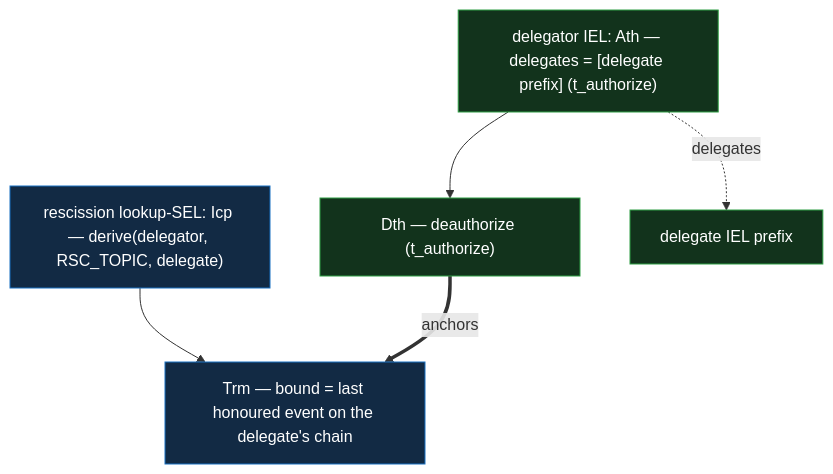
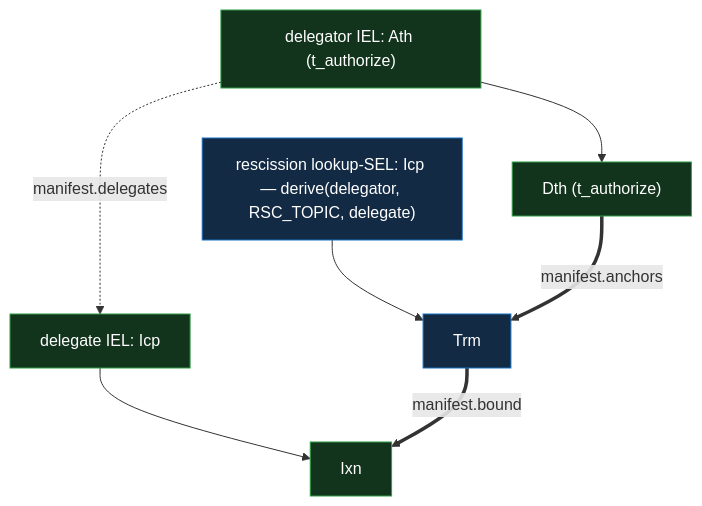
The diagram in docs/design/primitives/data/event-logs/iel/delegation.md (jasoncolburne/vdti), drawn with Mermaid before and after one commit. The commit also changed other lines of this file, not shown here.

Commit message:
VDTI-10: Enhance delegation diagram

````diff
--- a/docs/design/primitives/data/event-logs/iel/delegation.md
+++ b/docs/design/primitives/data/event-logs/iel/delegation.md
@@ -18,10 +18,11 @@
 ```mermaid
 flowchart TB
-  dAth["delegator IEL: Ath — delegates = [delegate prefix] (t_authorize)"]:::iel --> dDth["Dth — deauthorize (t_authorize)"]:::iel
-  rIcp["rescission lookup-SEL: Icp — derive(delegator, RSC_TOPIC, delegate)"]:::sel --> rTrm["Trm — bound = last honoured event on the delegate's chain"]:::sel
-  P["delegate IEL prefix"]:::iel
-  dAth -.->|delegates| P
-  dDth ==>|anchors| rTrm
+  dAth["delegator IEL: Ath (t_authorize)"]:::iel --> dDth["Dth (t_authorize)"]:::iel
+  rIcp["rescission lookup-SEL: Icp — derive(delegator, RSC_TOPIC, delegate)"]:::sel --> rTrm["Trm"]:::sel
+  P["delegate IEL: Icp"]:::iel --> Q["Ixn"]:::iel
+  dAth -.->|manifest.delegates| P
+  dDth ==>|manifest.anchors| rTrm
+  rTrm ==>|manifest.bound| Q
   classDef iel fill:#12331c,stroke:#2f9e44,color:#fff
   classDef sel fill:#122a44,stroke:#1971c2,color:#fff
 ```
````
